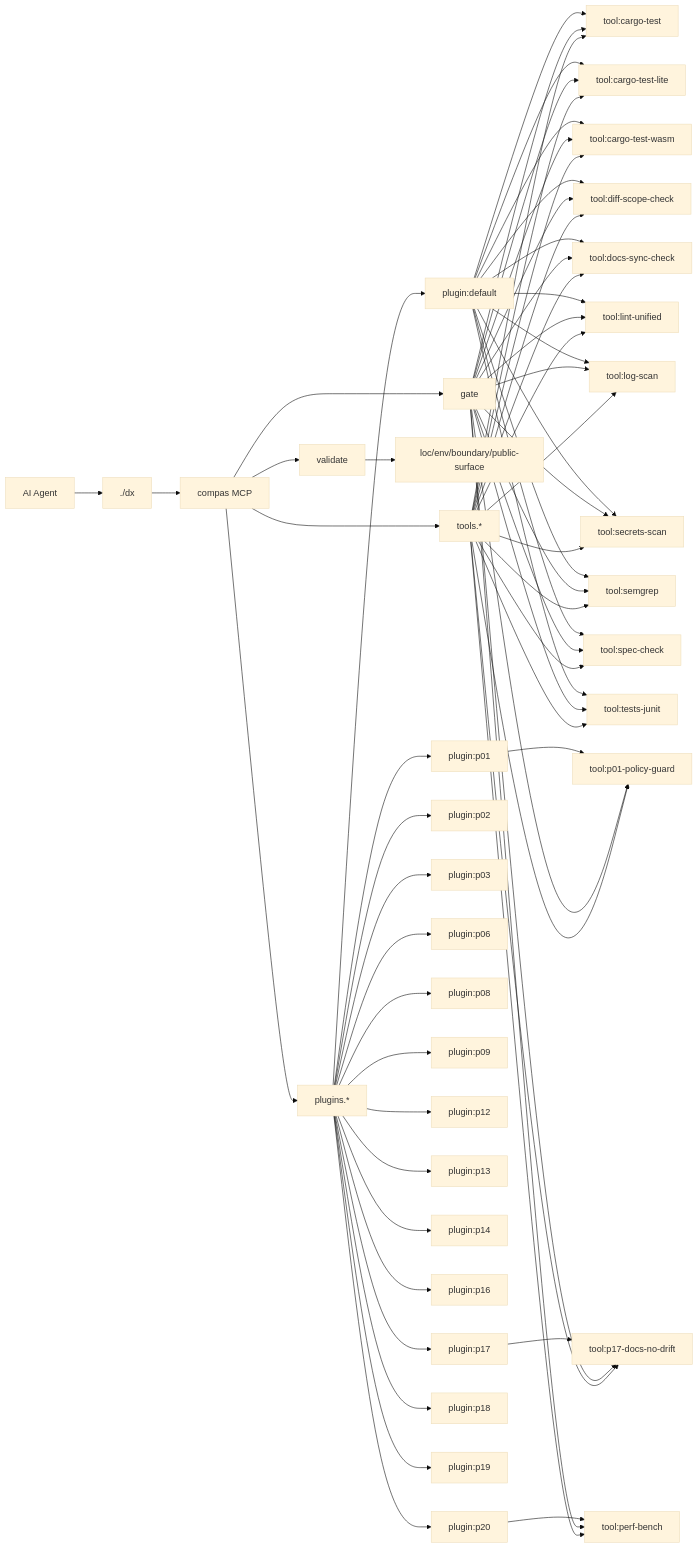
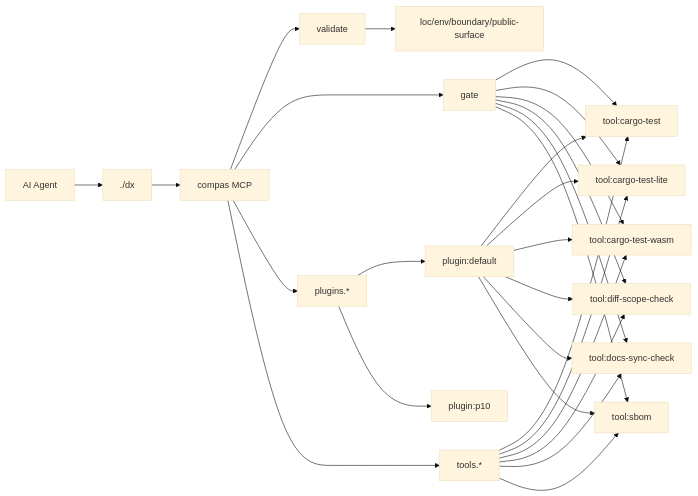
Before and after one commit to AmirTlinov/compas: the diagram in AGENTS.md, drawn with Mermaid (base theme). The commit also changed other lines of this file and 6 other files, not shown here.

````diff
--- a/AGENTS.md
+++ b/AGENTS.md
@@ -74,67 +53,30 @@
 ```mermaid
 flowchart LR
   Agent[AI Agent] --> DX[./dx]
   DX --> MCP[compas MCP]
   MCP --> V[validate]
   MCP --> G[gate]
   MCP --> PL[plugins.*]
   MCP --> TL[tools.*]
   V --> C1[loc/env/boundary/public-surface]
   PL --> P_default["plugin:default"]
   P_default --> T_cargo_test["tool:cargo-test"]
   G --> T_cargo_test
   P_default --> T_cargo_test_lite["tool:cargo-test-lite"]
   G --> T_cargo_test_lite
   P_default --> T_cargo_test_wasm["tool:cargo-test-wasm"]
   G --> T_cargo_test_wasm
   P_default --> T_diff_scope_check["tool:diff-scope-check"]
   G --> T_diff_scope_check
   P_default --> T_docs_sync_check["tool:docs-sync-check"]
   G --> T_docs_sync_check
-  P_default --> T_lint_unified["tool:lint-unified"]
-  G --> T_lint_unified
-  P_default --> T_log_scan["tool:log-scan"]
-  G --> T_log_scan
-  P_default --> T_secrets_scan["tool:secrets-scan"]
-  G --> T_secrets_scan
-  P_default --> T_semgrep["tool:semgrep"]
-  G --> T_semgrep
-  P_default --> T_spec_check["tool:spec-check"]
-  G --> T_spec_check
-  P_default --> T_tests_junit["tool:tests-junit"]
-  G --> T_tests_junit
-  PL --> P_p01["plugin:p01"]
-  P_p01 --> T_p01_policy_guard["tool:p01-policy-guard"]
-  G --> T_p01_policy_guard
-  PL --> P_p02["plugin:p02"]
-  PL --> P_p03["plugin:p03"]
-  PL --> P_p06["plugin:p06"]
-  PL --> P_p08["plugin:p08"]
-  PL --> P_p09["plugin:p09"]
-  PL --> P_p12["plugin:p12"]
-  PL --> P_p13["plugin:p13"]
-  PL --> P_p14["plugin:p14"]
-  PL --> P_p16["plugin:p16"]
-  PL --> P_p17["plugin:p17"]
-  P_p17 --> T_p17_docs_no_drift["tool:p17-docs-no-drift"]
-  G --> T_p17_docs_no_drift
-  PL --> P_p18["plugin:p18"]
-  PL --> P_p19["plugin:p19"]
-  PL --> P_p20["plugin:p20"]
-  P_p20 --> T_perf_bench["tool:perf-bench"]
-  G --> T_perf_bench
+  P_default --> T_sbom["tool:sbom"]
+  G --> T_sbom
+  PL --> P_p10["plugin:p10"]
   TL --> T_cargo_test
   TL --> T_cargo_test_lite
   TL --> T_cargo_test_wasm
   TL --> T_diff_scope_check
   TL --> T_docs_sync_check
-  TL --> T_lint_unified
-  TL --> T_log_scan
-  TL --> T_p01_policy_guard
-  TL --> T_p17_docs_no_drift
-  TL --> T_perf_bench
-  TL --> T_secrets_scan
-  TL --> T_semgrep
-  TL --> T_spec_check
-  TL --> T_tests_junit
+  TL --> T_sbom
 ```
````
